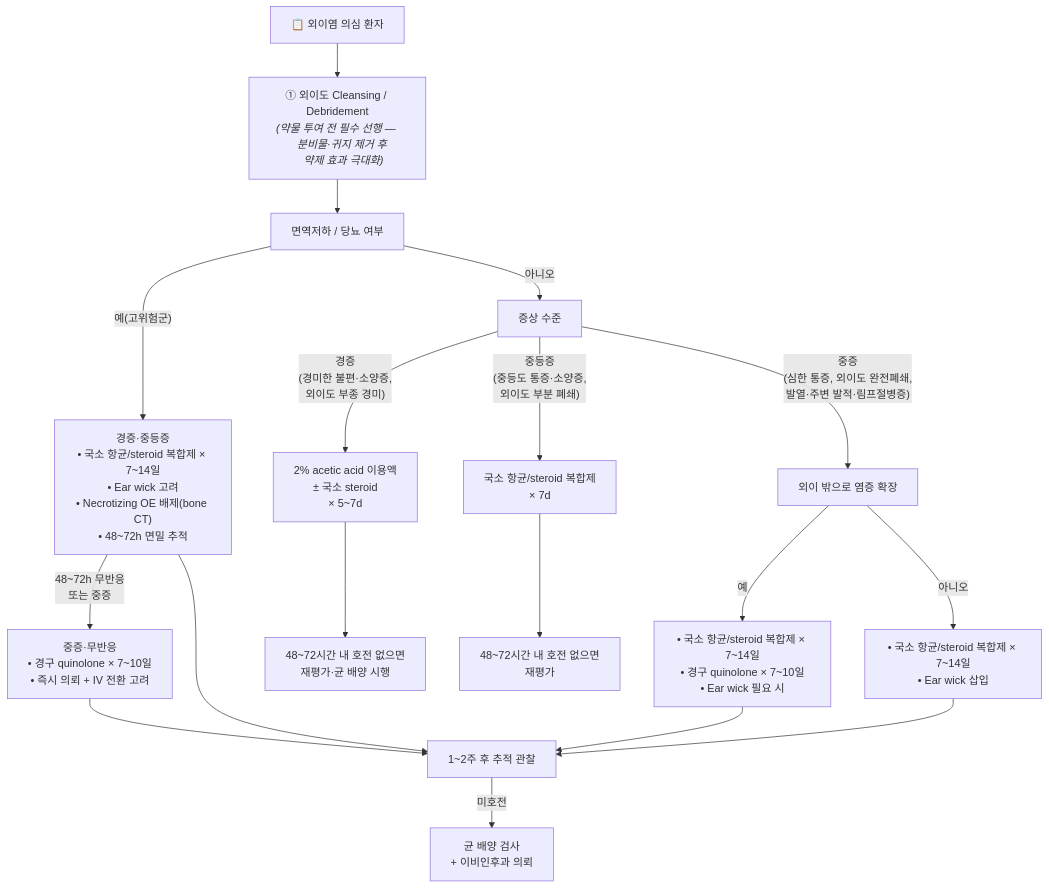
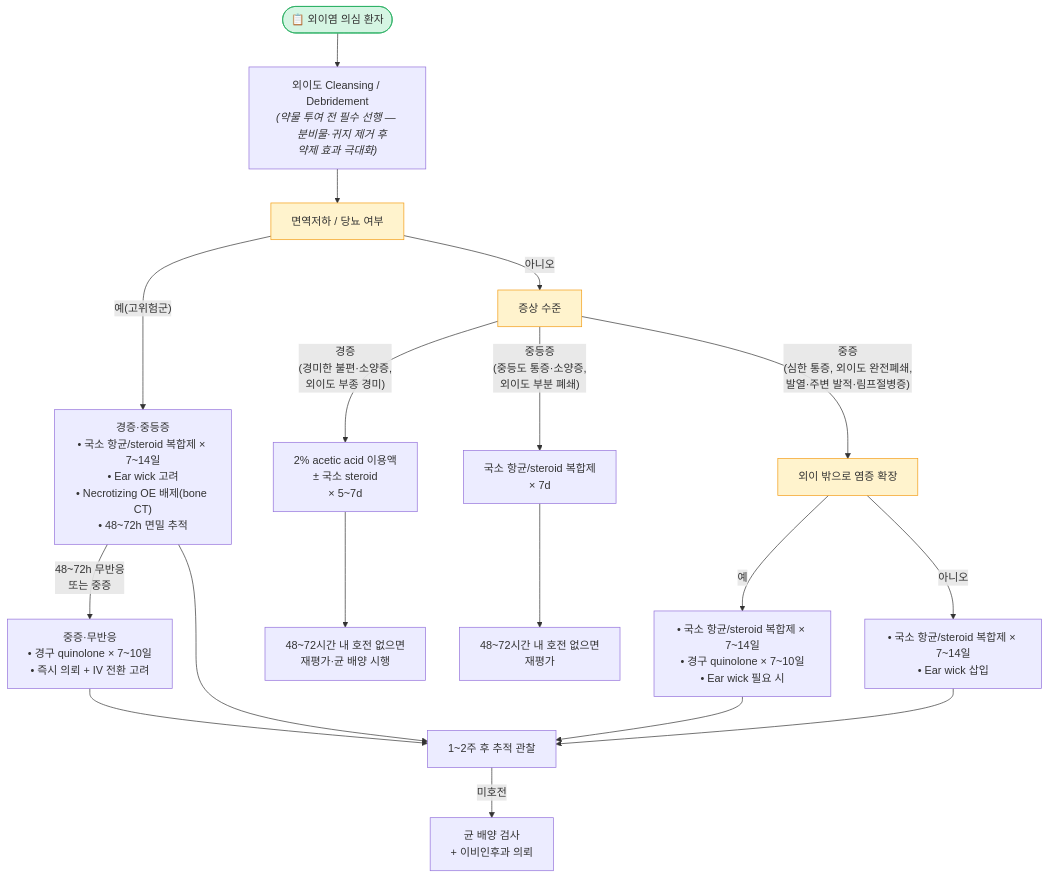
One commit to familyoh77/familyoh77 changed the second of 2 diagrams in 222_/047_-otitis-externa.md. Above: the diagram before and after it, drawn with Mermaid. The commit also changed other lines of this file, not shown here.

````diff
--- a/222_/047_-otitis-externa.md
+++ b/222_/047_-otitis-externa.md
@@ -241,29 +249,32 @@
 ```mermaid
 graph TD
-    START["📋 외이염 의심 환자"] --> CLEAN["① 외이도 Cleansing / Debridement<br/><i>(약물 투여 전 필수 선행 — 
-    분비물·귀지 제거 후 
-    약제 효과 극대화)</i>"]
+    START(["📋 외이염 의심 환자"]) --> CLEAN["외이도 Cleansing / Debridement<br/><i>(약물 투여 전 필수 선행 — 
+    분비물·귀지 제거 후 <br/>약제 효과 극대화)</i>"]
     CLEAN --> A
 
-    A[면역저하 / 당뇨 여부] -- "예(고위험군)" --> B1["경증·중등증\n• 국소 항균/steroid 복합제 × 7~14일\n• Ear wick 고려\n• Necrotizing OE 배제(bone CT)\n• 48~72h 면밀 추적"]
-    B1 -- "48~72h 무반응\n또는 중증" --> B2["중증·무반응\n• 경구 quinolone × 7~10일\n• 즉시 의뢰 + IV 전환 고려"]
+    A[면역저하 / 당뇨 여부] -- "예(고위험군)" --> B1["경증·중등증<br/>• 국소 항균/steroid 복합제 × 7~14일<br/>• Ear wick 고려<br/>• Necrotizing OE 배제(bone CT)<br/>• 48~72h 면밀 추적"]
+    B1 -- "48~72h 무반응<br/>또는 중증" --> B2["중증·무반응<br/>• 경구 quinolone × 7~10일<br/>• 즉시 의뢰 + IV 전환 고려"]
     
     A -- "아니오" --> C[증상 수준]
 
     C -- "경증<br/>(경미한 불편·소양증,<br/>외이도 부종 경미)" --> D["2% acetic acid 이용액<br/>± 국소 steroid<br/>× 5~7d"]
     
     C -- "중등증<br/>(중등도 통증·소양증,<br/>외이도 부분 폐쇄)" --> E["국소 항균/steroid 복합제<br/>× 7d"]
     
     C -- "중증<br/>(심한 통증, 외이도 완전폐쇄,<br/>발열·주변 발적·림프절병증)" --> F[외이 밖으로 염증 확장]
     
     F -- "예" --> G["• 국소 항균/steroid 복합제 × 7~14일<br/>• 경구 quinolone × 7~10일<br/>• Ear wick 필요 시"]
     F -- "아니오" --> H["• 국소 항균/steroid 복합제 × 7~14일<br/>• Ear wick 삽입"]
 
     D --> I["48~72시간 내 호전 없으면<br/>재평가·균 배양 시행"]
     E --> J["48~72시간 내 호전 없으면<br/>재평가"]
     B2 --> K["1~2주 후 추적 관찰"]
     B1 --> K
     G --> K
     H --> K
     K -- "미호전" --> REF["균 배양 검사<br/>+ 이비인후과 의뢰"]
+    
+        style START fill:#d5f5e3,stroke:#27ae60
+        classDef yellow fill:#fff3cd,stroke:#f39c12
+        class A,C,F yellow
 ```
````
